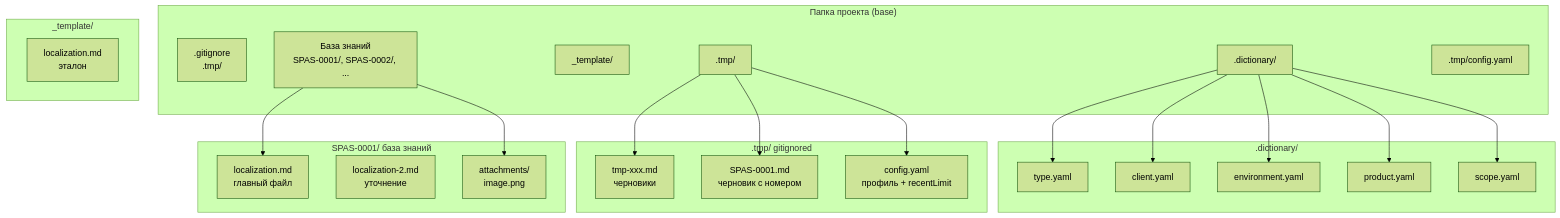
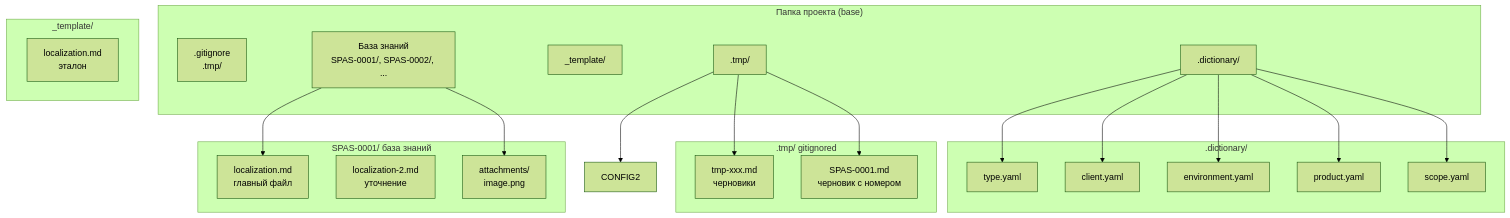
The fifth of 16 diagrams in ARCHITECTURE.md (artamonovav/ids), drawn with Mermaid (forest theme) before and after one commit. The commit also changed other lines of this file and 13 other files, not shown here.

````diff
--- a/ARCHITECTURE.md
+++ b/ARCHITECTURE.md
@@ -277,46 +280,44 @@
 ```mermaid
 graph TB
     subgraph "Папка проекта (base)"
         GITIGNORE[.gitignore<br/>.tmp/]
         DICT[.dictionary/]
         TEMPL[_template/]
         TMP[.tmp/]
         KB[База знаний<br/>SPAS-0001/, SPAS-0002/, ...]
-        CONFIG[.tmp/config.yaml]
     end
 
     subgraph ".dictionary/"
         D_TYPE[type.yaml]
         D_CLIENT[client.yaml]
         D_ENV[environment.yaml]
         D_PROD[product.yaml]
         D_SCOPE[scope.yaml]
     end
 
     subgraph "_template/"
         T_LOC[localization.md<br/>эталон]
     end
 
     subgraph ".tmp/ gitignored"
         TMP_DRAFT[tmp-xxx.md<br/>черновики]
         TMP_CLAR[SPAS-0001.md<br/>черновик с номером]
-        CONFIG2[config.yaml<br/>профиль + recentLimit]
     end
 
     subgraph "SPAS-0001/ база знаний"
         LOC[localization.md<br/>главный файл]
         LOC2[localization-2.md<br/>уточнение]
         ATT[attachments/<br/>image.png]
     end
 
     DICT --> D_TYPE
     DICT --> D_CLIENT
     DICT --> D_ENV
     DICT --> D_PROD
     DICT --> D_SCOPE
     TMP --> TMP_DRAFT
     TMP --> TMP_CLAR
     TMP --> CONFIG2
     KB --> LOC
     KB --> ATT
 ```
````
